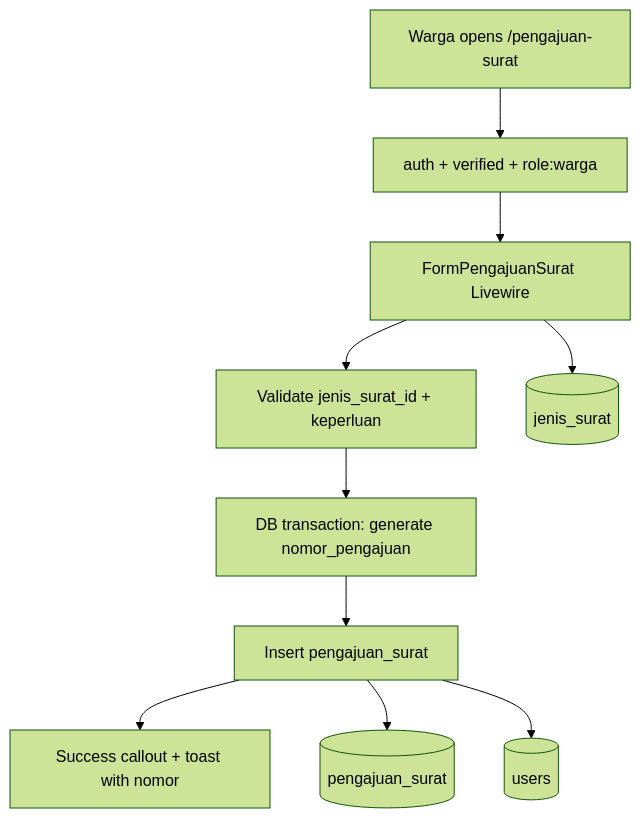
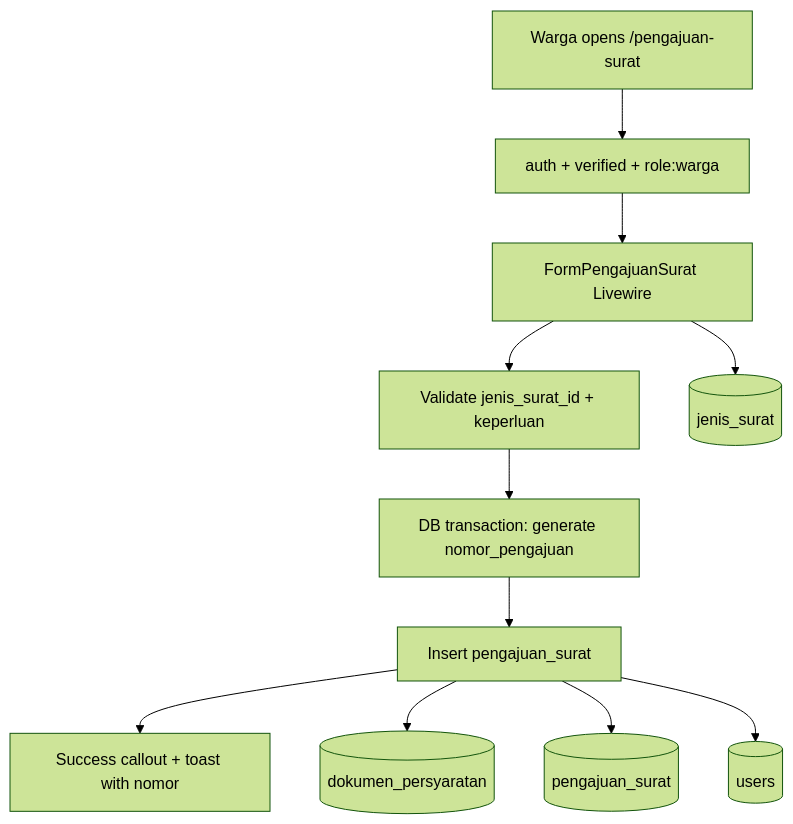
Before and after one commit to ZulfikarHD/sistem-desa: the first of 2 diagrams in docs/dev-docs/features/pengajuan-surat-form.md, drawn with Mermaid (forest theme). The commit also changed other lines of this file and 19 other files, not shown here.

First line of the commit message:
feat(pengajuan): tambah unggah dokumen persyaratan KTP/KK pada form warga (US-3.2)

````diff
--- a/docs/dev-docs/features/pengajuan-surat-form.md
+++ b/docs/dev-docs/features/pengajuan-surat-form.md
@@ -9,12 +9,13 @@
 ```mermaid
 flowchart TD
     A[Warga opens /pengajuan-surat] --> B[auth + verified + role:warga]
     B --> C[FormPengajuanSurat Livewire]
     C --> D[Validate jenis_surat_id + keperluan]
     D --> E[DB transaction: generate nomor_pengajuan]
     E --> F[Insert pengajuan_surat]
     F --> G[Success callout + toast with nomor]
+    F --> I[(dokumen_persyaratan)]
     C --> H[(jenis_surat)]
-    F --> I[(pengajuan_surat)]
-    F --> J[(users)]
+    F --> J[(pengajuan_surat)]
+    F --> K[(users)]
 ```
````
